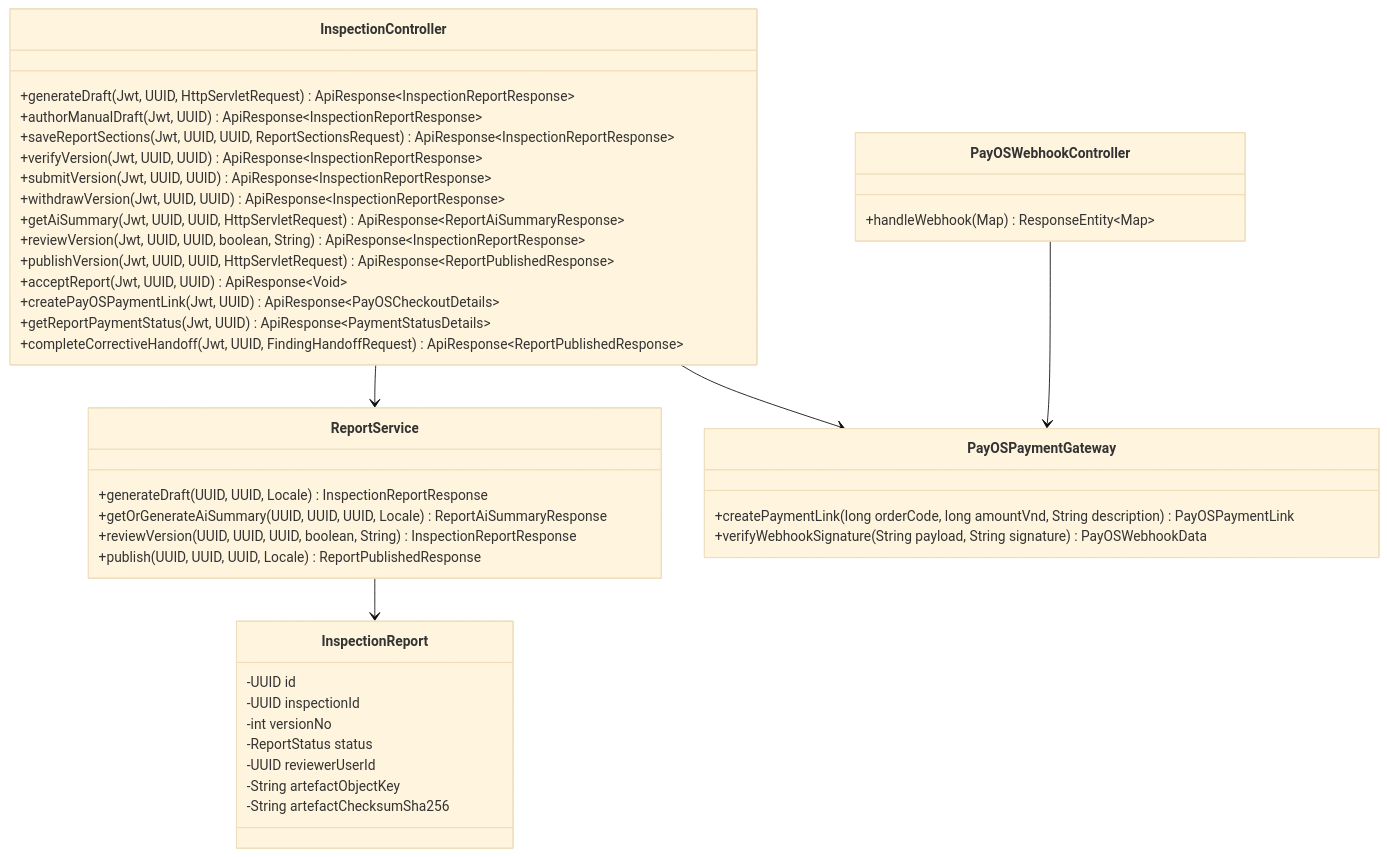
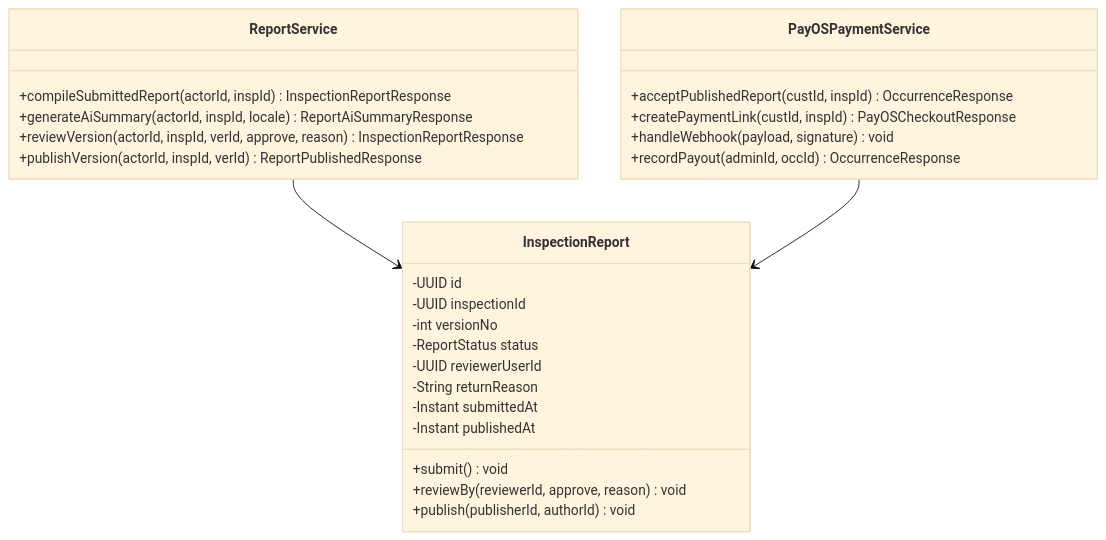
Before and after one commit to tungbach12/SmartDroneInspection-Docs: diagram 16 of 23 in reports/report-4-software-design-document/03-detailed-design.md, drawn with Mermaid (base theme). The commit also changed other lines of this file and 206 other files, not shown here.

First line of the commit message:
docs(reports): synchronize Report 1-5 changes, update diagrams, and clean exports

````diff
--- a/reports/report-4-software-design-document/03-detailed-design.md
+++ b/reports/report-4-software-design-document/03-detailed-design.md
@@ -739,45 +687,31 @@
 ```mermaid
-%% title: Auto-Compiled Inspection Report, Review, PDF Publication and PayOS Class Diagram
+%% title: FE-06 Inspection Report, Publication and Online Payment Class Diagram
 classDiagram
-  class InspectionController {
-    +generateDraft(Jwt, UUID, HttpServletRequest) ApiResponse~InspectionReportResponse~
-    +authorManualDraft(Jwt, UUID) ApiResponse~InspectionReportResponse~
-    +saveReportSections(Jwt, UUID, UUID, ReportSectionsRequest) ApiResponse~InspectionReportResponse~
-    +verifyVersion(Jwt, UUID, UUID) ApiResponse~InspectionReportResponse~
-    +submitVersion(Jwt, UUID, UUID) ApiResponse~InspectionReportResponse~
-    +withdrawVersion(Jwt, UUID, UUID) ApiResponse~InspectionReportResponse~
-    +getAiSummary(Jwt, UUID, UUID, HttpServletRequest) ApiResponse~ReportAiSummaryResponse~
-    +reviewVersion(Jwt, UUID, UUID, boolean, String) ApiResponse~InspectionReportResponse~
-    +publishVersion(Jwt, UUID, UUID, HttpServletRequest) ApiResponse~ReportPublishedResponse~
-    +acceptReport(Jwt, UUID, UUID) ApiResponse~Void~
-    +createPayOSPaymentLink(Jwt, UUID) ApiResponse~PayOSCheckoutDetails~
-    +getReportPaymentStatus(Jwt, UUID) ApiResponse~PaymentStatusDetails~
-    +completeCorrectiveHandoff(Jwt, UUID, FindingHandoffRequest) ApiResponse~ReportPublishedResponse~
+  class ReportService {
+    +compileSubmittedReport(actorId, inspId) InspectionReportResponse
+    +generateAiSummary(actorId, inspId, locale) ReportAiSummaryResponse
+    +reviewVersion(actorId, inspId, verId, approve, reason) InspectionReportResponse
+    +publishVersion(actorId, inspId, verId) ReportPublishedResponse
   }
-  class ReportService {
-    +generateDraft(UUID, UUID, Locale) InspectionReportResponse
-    +getOrGenerateAiSummary(UUID, UUID, UUID, Locale) ReportAiSummaryResponse
-    +reviewVersion(UUID, UUID, UUID, boolean, String) InspectionReportResponse
-    +publish(UUID, UUID, UUID, Locale) ReportPublishedResponse
-  }
-  class PayOSPaymentGateway {
-    +createPaymentLink(long orderCode, long amountVnd, String description) PayOSPaymentLink
-    +verifyWebhookSignature(String payload, String signature) PayOSWebhookData
-  }
-  class PayOSWebhookController {
-    +handleWebhook(Map) ResponseEntity~Map~
+  class PayOSPaymentService {
+    +acceptPublishedReport(custId, inspId) OccurrenceResponse
+    +createPaymentLink(custId, inspId) PayOSCheckoutResponse
+    +handleWebhook(payload, signature) void
+    +recordPayout(adminId, occId) OccurrenceResponse
   }
   class InspectionReport {
     -UUID id
     -UUID inspectionId
     -int versionNo
     -ReportStatus status
     -UUID reviewerUserId
-    -String artefactObjectKey
-    -String artefactChecksumSha256
+    -String returnReason
+    -Instant submittedAt
+    -Instant publishedAt
+    +submit() void
+    +reviewBy(reviewerId, approve, reason) void
+    +publish(publisherId, authorId) void
   }
-  InspectionController --> ReportService
   ReportService --> InspectionReport
-  InspectionController --> PayOSPaymentGateway
-  PayOSWebhookController --> PayOSPaymentGateway
+  PayOSPaymentService --> InspectionReport
 ```
````
